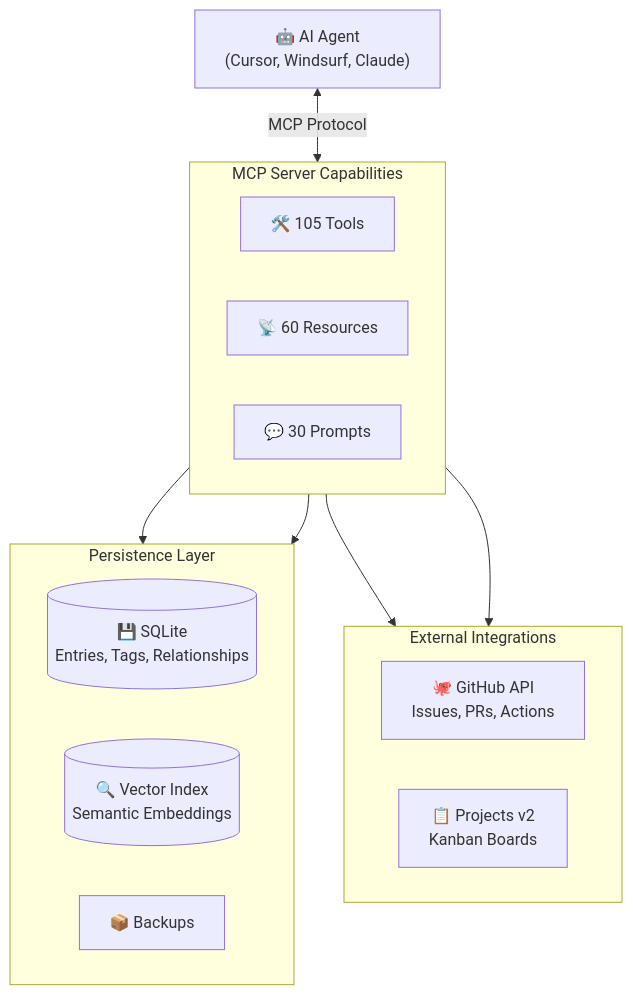
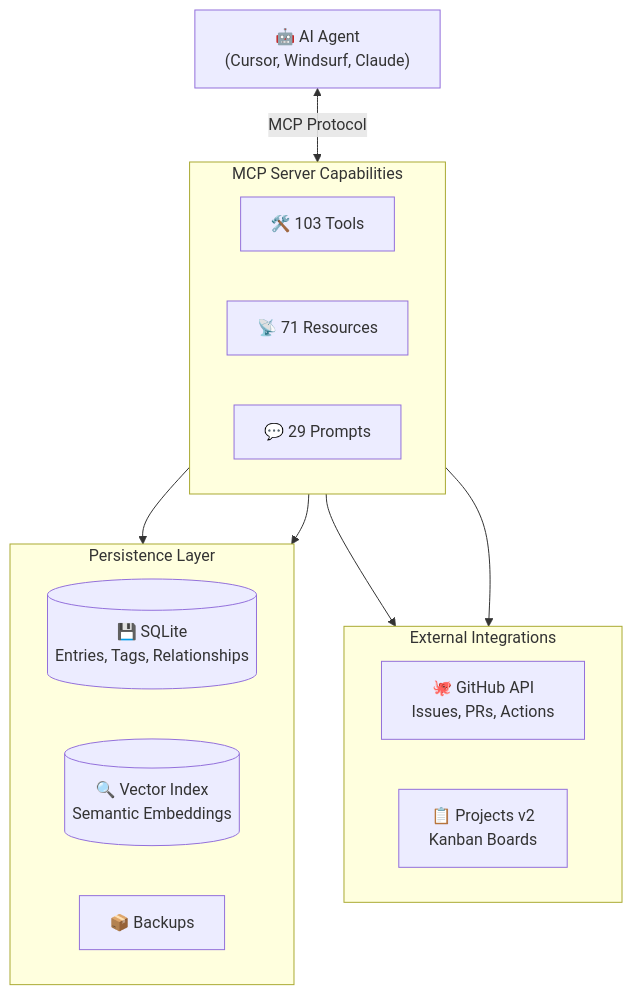
One commit to neverinfamous/memory-journal-mcp changed the second of 2 diagrams in README.md. Above: the diagram before and after it, drawn with Mermaid. The commit also changed other lines of this file and 9 other files, not shown here.

````diff
--- a/README.md
+++ b/README.md
@@ -747,28 +747,28 @@
 ```mermaid
 flowchart TB
     AI["🤖 AI Agent<br/>(Cursor, Windsurf, Claude)"]
 
     subgraph MCP["MCP Server Capabilities"]
         direction LR
-        Tools["🛠️ 105 Tools"]
-        Resources["📡 60 Resources"]
-        Prompts["💬 30 Prompts"]
+        Tools["🛠️ 103 Tools"]
+        Resources["📡 71 Resources"]
+        Prompts["💬 29 Prompts"]
     end
 
     subgraph Storage["Persistence Layer"]
         SQLite[("💾 SQLite<br/>Entries, Tags, Relationships")]
         Vector[("🔍 Vector Index<br/>Semantic Embeddings")]
         Backups["📦 Backups"]
     end
 
     subgraph External["External Integrations"]
         GitHub["🐙 GitHub API<br/>Issues, PRs, Actions"]
         Kanban["📋 Projects v2<br/>Kanban Boards"]
     end
 
     AI <-->|"MCP Protocol"| MCP
     Tools --> Storage
     Tools --> External
     Resources --> Storage
     Resources --> External
 ```
````
